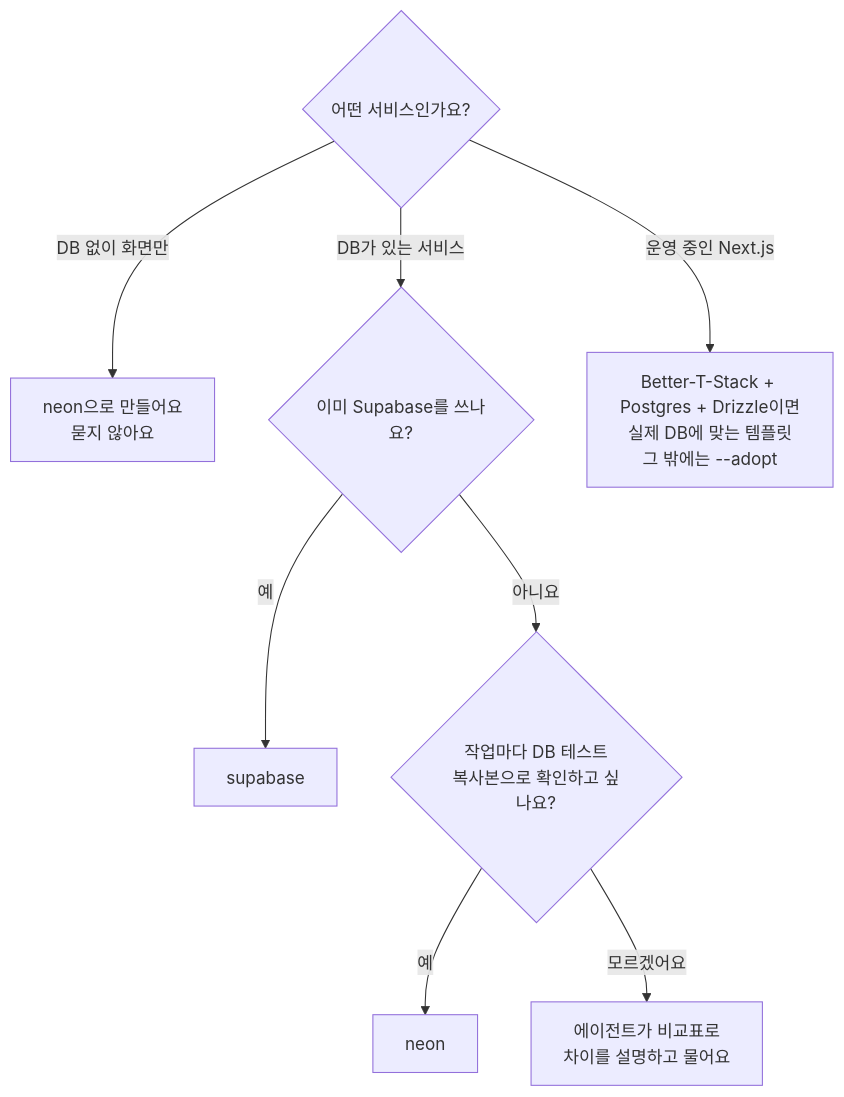
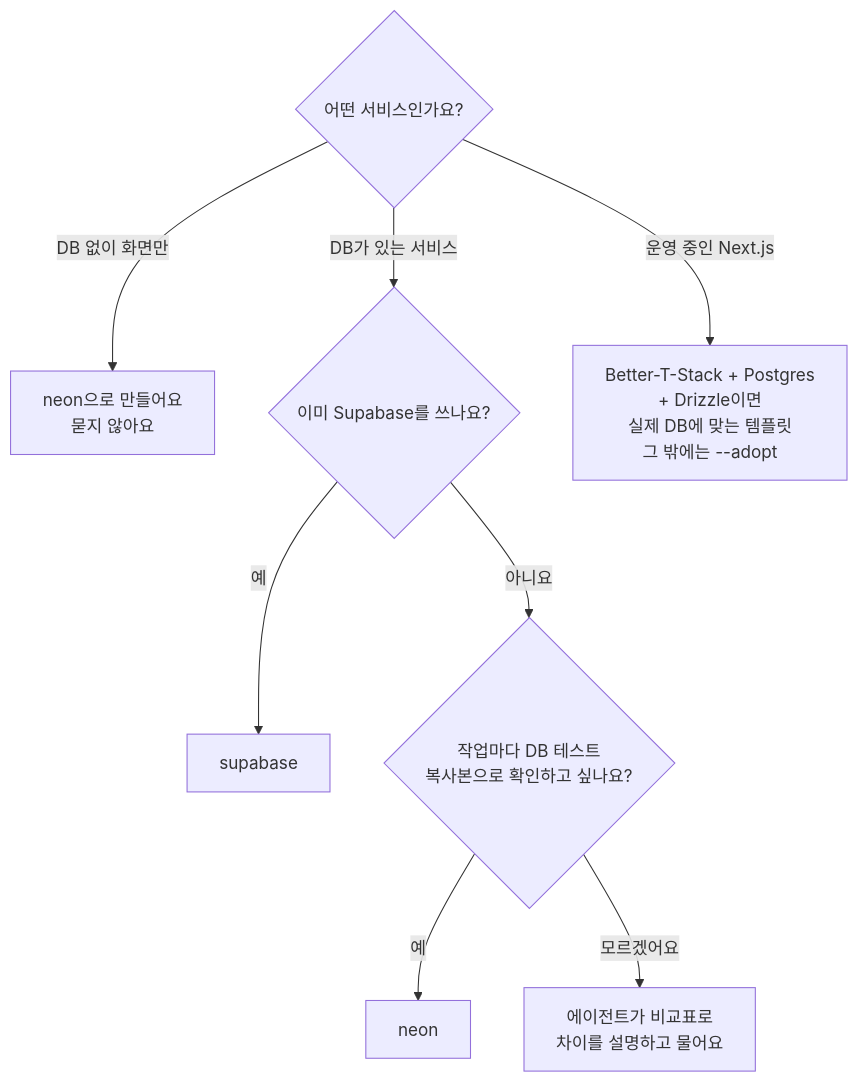
Before and after one commit to roadkwon-ai/pro-kit: the second of 2 diagrams in handbook/templates/choose.md, drawn with Mermaid. The commit also changed 9 other files, not shown here.

````diff
--- a/handbook/templates/choose.md
+++ b/handbook/templates/choose.md
@@ -43,15 +43,15 @@
 ```mermaid
 ---
 config:
   flowchart:
-    wrappingWidth: 170
+    wrappingWidth: 200
 ---
 flowchart TD
   Q{"어떤 서비스인가요?"} -->|"DB 없이 화면만"| N0["neon으로 만들어요<br/>묻지 않아요"]
   Q -->|"DB가 있는 서비스"| D{"이미 Supabase를 쓰나요?"}
   D -->|"예"| SU["supabase"]
   D -->|"아니요"| C{"작업마다 DB 테스트<br/>복사본으로 확인하고 싶나요?"}
   C -->|"예"| NE["neon"]
   C -->|"모르겠어요"| ASK["에이전트가 비교표로<br/>차이를 설명하고 물어요"]
-  Q -->|"운영 중인 Next.js"| OP["Better-T-Stack + Postgres + Drizzle이면<br/>실제 DB에 맞는 템플릿<br/>그 밖에는 --adopt"]
+  Q -->|"운영 중인 Next.js"| OP["Better-T-Stack + Postgres<br/>+ Drizzle이면<br/>실제 DB에 맞는 템플릿<br/>그 밖에는 --adopt"]
 ```
````
